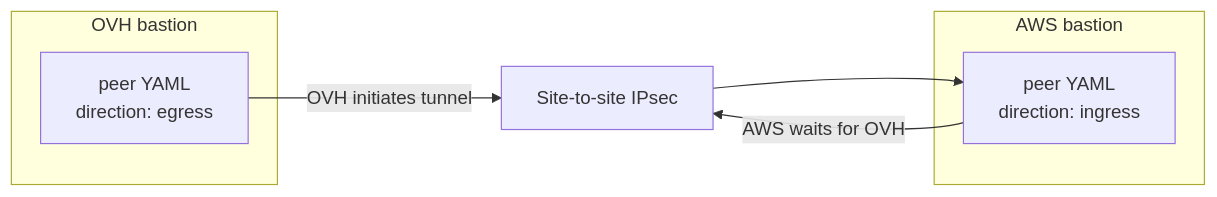
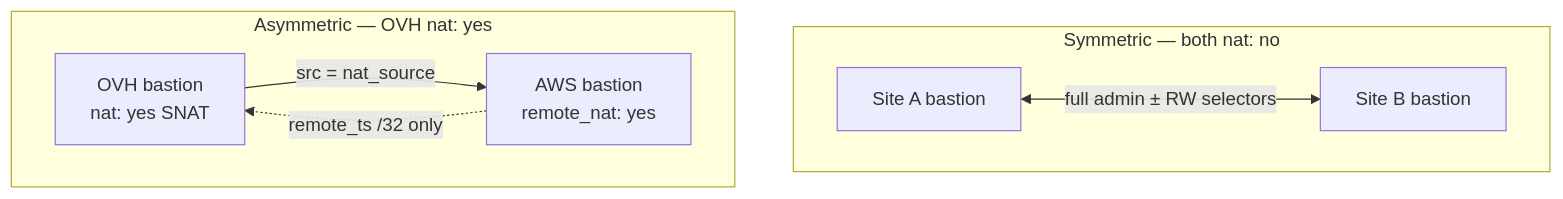
Before and after one commit to novassist-ai/mycs-node: the first of 5 diagrams in image/docs/vpn-gateway-design.md, drawn with Mermaid. The commit also changed other lines of this file and 24 other files, not shown here.

````diff
--- a/image/docs/vpn-gateway-design.md
+++ b/image/docs/vpn-gateway-design.md
@@ -124,14 +36,15 @@
 ```mermaid
-flowchart LR
-  subgraph ovh [OVH bastion]
-    OY[peer YAML<br/>direction: egress]
+flowchart TB
+  subgraph sym [Symmetric — both nat: no]
+    A1[Site A bastion]
+    B1[Site B bastion]
+    A1 <-->|full admin ± RW selectors| B1
   end
 
-  subgraph aws [AWS bastion]
-    AY[peer YAML<br/>direction: ingress]
+  subgraph asym [Asymmetric — OVH nat: yes]
+    OVH[OVH bastion<br/>nat: yes SNAT]
+    AWS[AWS bastion<br/>remote_nat: yes]
+    OVH -->|src = nat_source| AWS
+    AWS -.->|remote_ts /32 only| OVH
   end
-
-  OY -->|OVH initiates tunnel| TUN[Site-to-site IPsec]
-  TUN --> AY
-  AY -->|AWS waits for OVH| TUN
 ```
````
